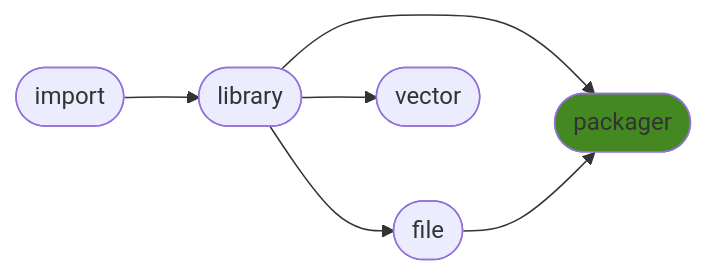
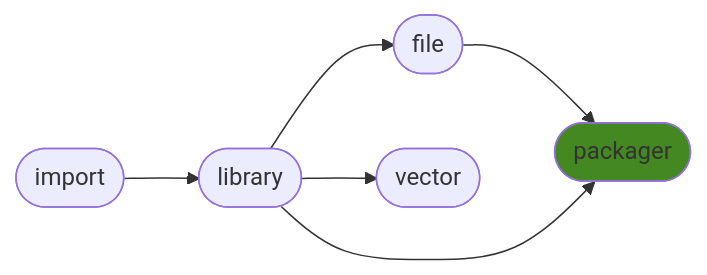
One commit to ManderaGeneral/generalpackager changed the diagram in README.md. Above: the diagram before and after it, drawn with Mermaid. The commit also changed other lines of this file, not shown here.

````diff
--- a/README.md
+++ b/README.md
@@ -16,14 +16,14 @@
 ```mermaid
 flowchart LR
-1([library]) --> 3([vector])
+2([file]) --> 4([packager])
 1([library]) --> 4([packager])
 0([import]) --> 1([library])
 1([library]) --> 2([file])
-2([file]) --> 4([packager])
+1([library]) --> 3([vector])
 click 0 "https://github.com/ManderaGeneral/generalimport"
 click 1 "https://github.com/ManderaGeneral/generallibrary"
 click 2 "https://github.com/ManderaGeneral/generalfile"
 click 3 "https://github.com/ManderaGeneral/generalvector"
 click 4 "https://github.com/ManderaGeneral/generalpackager"
 style 4 fill:#482
 ```
````
